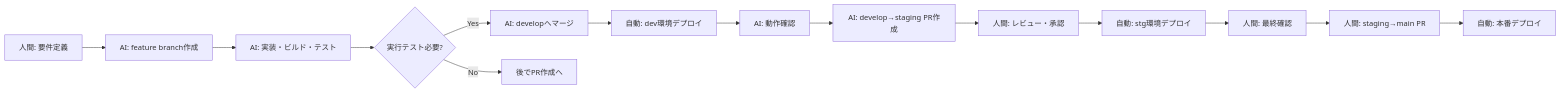
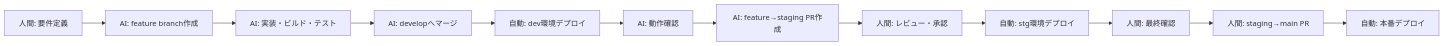
Before and after one commit to flow-theory-x/alexa-voice-memo: the first of 2 diagrams in docs/ai-sandbox-methodology.md, drawn with Mermaid. The commit also changed other lines of this file, not shown here.

````diff
--- a/docs/ai-sandbox-methodology.md
+++ b/docs/ai-sandbox-methodology.md
@@ -53,16 +55,14 @@
 ```mermaid
 graph LR
     A[人間: 要件定義] --> B[AI: feature branch作成]
     B --> C[AI: 実装・ビルド・テスト]
-    C --> D{実行テスト必要?}
-    D -->|Yes| E[AI: developへマージ]
-    D -->|No| K[後でPR作成へ]
-    E --> G[自動: dev環境デプロイ]
-    G --> H[AI: 動作確認]
-    H --> I[AI: develop→staging PR作成]
-    I --> J[人間: レビュー・承認]
-    J --> L[自動: stg環境デプロイ]
-    L --> M[人間: 最終確認]
-    M --> N[人間: staging→main PR]
-    N --> O[自動: 本番デプロイ]
+    C --> D[AI: developへマージ]
+    D --> E[自動: dev環境デプロイ]
+    E --> F[AI: 動作確認]
+    F --> G[AI: feature→staging PR作成]
+    G --> H[人間: レビュー・承認]
+    H --> I[自動: stg環境デプロイ]
+    I --> J[人間: 最終確認]
+    J --> K[人間: staging→main PR]
+    K --> L[自動: 本番デプロイ]
 ```
````
